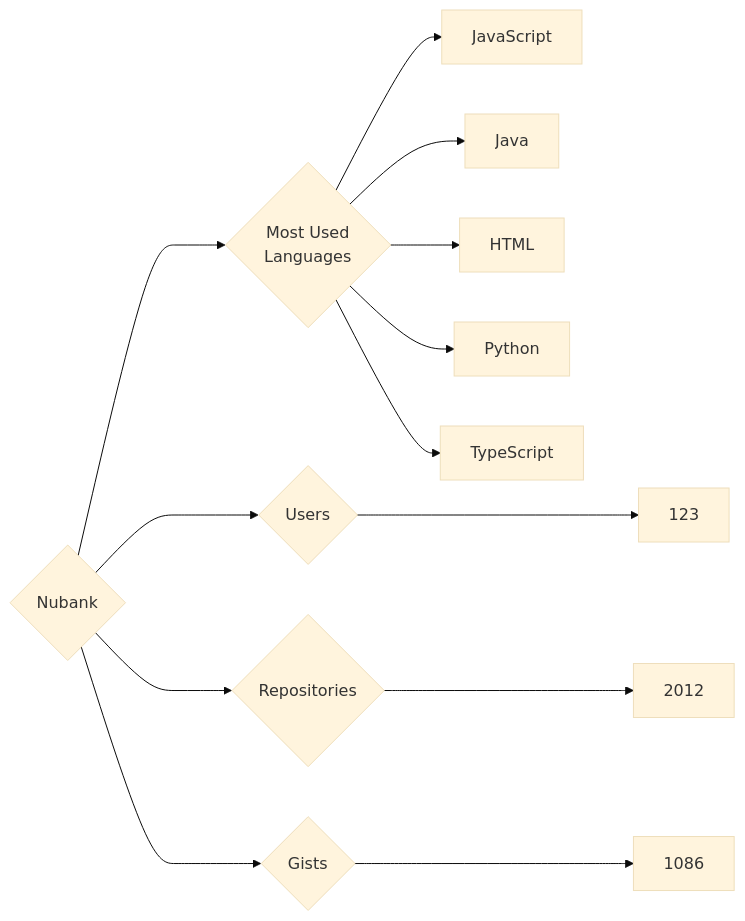
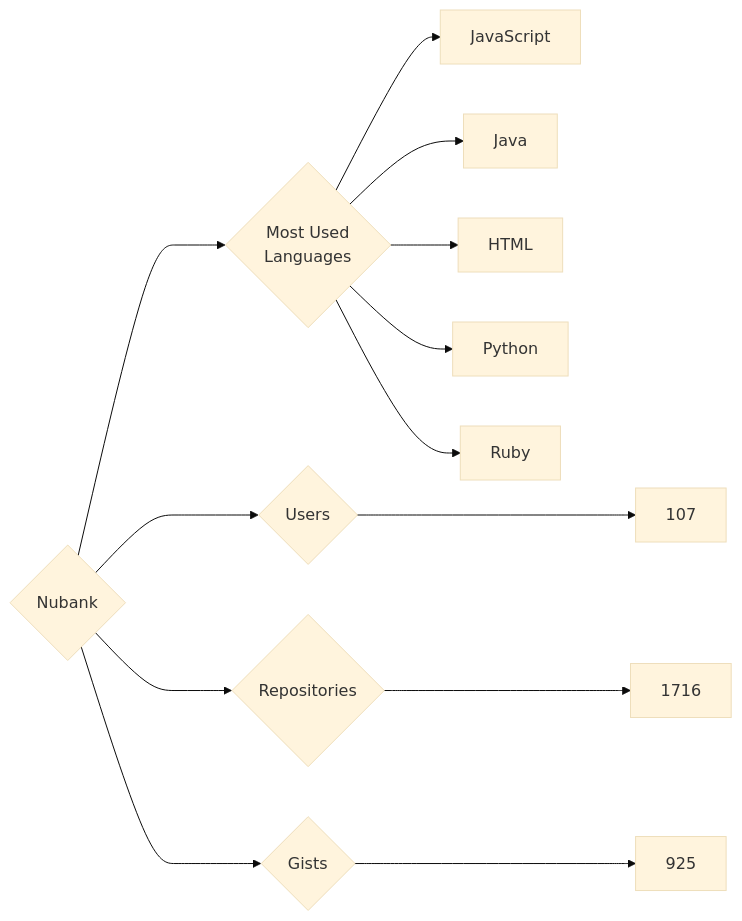
The diagram in targets/Nubank/README.md (trickest/insiders), drawn with Mermaid (base theme) before and after one commit. The commit also changed 829 other files, not shown here.

````diff
--- a/targets/Nubank/README.md
+++ b/targets/Nubank/README.md
@@ -3,13 +3,13 @@
 ```mermaid
 graph LR
 COMPANY_NAME{Nubank}
-COMPANY_NAME ---> U{Users} ---> UN[123]
-COMPANY_NAME ---> R{Repositories} ---> RN[2012]
-COMPANY_NAME ---> G{Gists} ---> GN[1086]
+COMPANY_NAME ---> U{Users} ---> UN[107]
+COMPANY_NAME ---> R{Repositories} ---> RN[1716]
+COMPANY_NAME ---> G{Gists} ---> GN[925]
 COMPANY_NAME ---> ML{Most Used<br>Languages}
 ML --> JavaScript[JavaScript]
 ML --> Java[Java]
 ML --> HTML[HTML]
 ML --> Python[Python]
-ML --> TypeScript[TypeScript]
+ML --> Ruby[Ruby]
 ```
````
